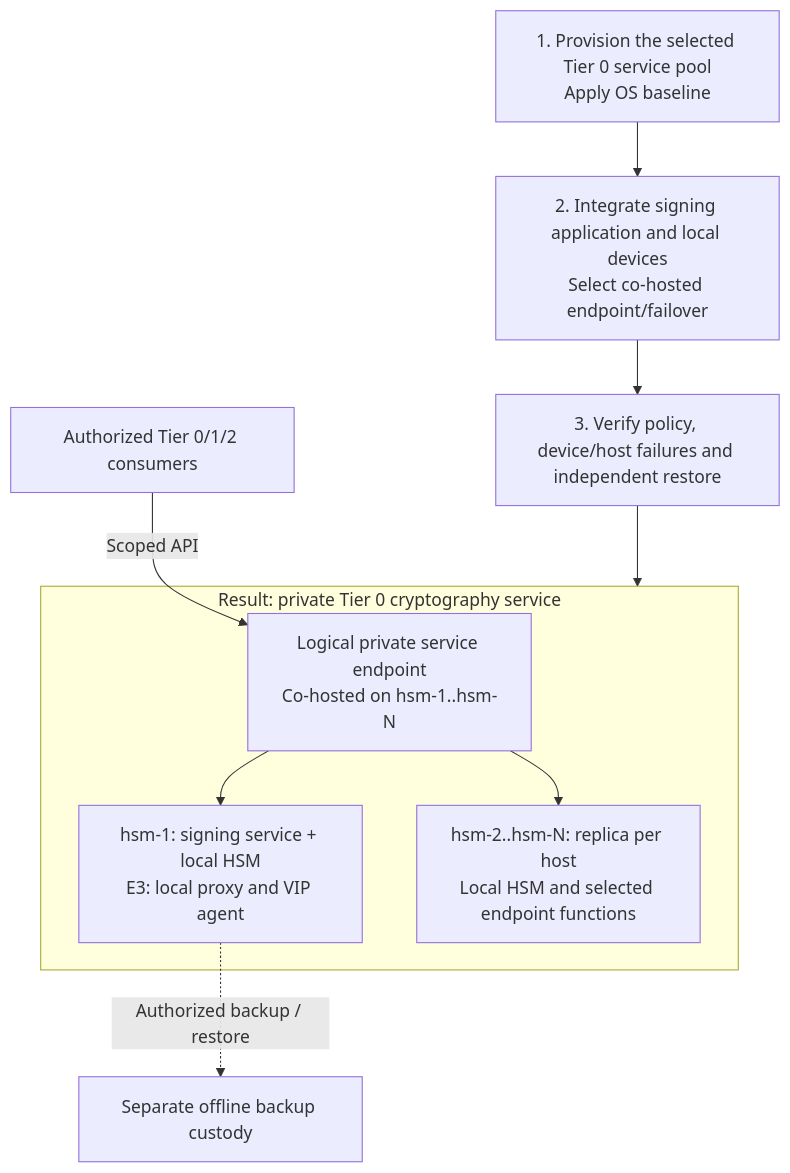
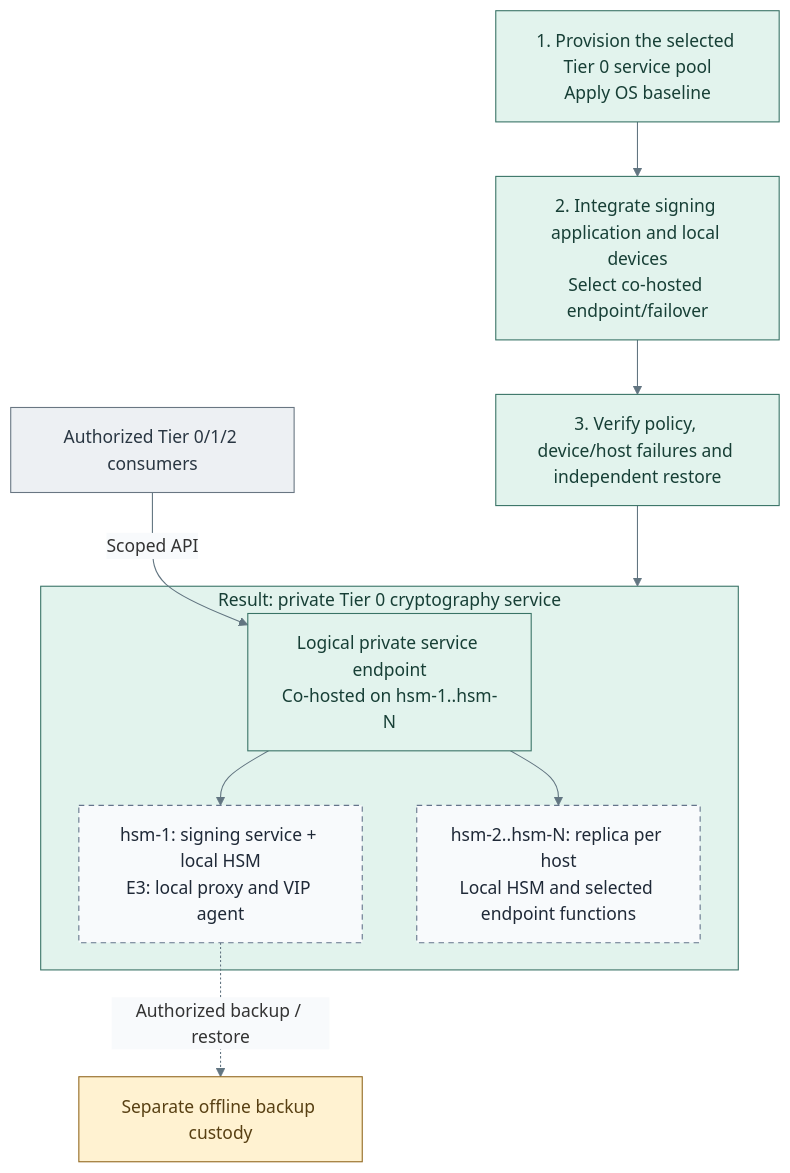
One commit to Rexus/homelab changed the diagram in docs/deployment/stage-2-trust/step-1b-usb-hsm.md. Above: the diagram before and after it, drawn with Mermaid. The commit also changed 49 other files, not shown here.

Commit message:
docs(diagrams): clarify tier layouts and visual styles

````diff
--- a/docs/deployment/stage-2-trust/step-1b-usb-hsm.md
+++ b/docs/deployment/stage-2-trust/step-1b-usb-hsm.md
@@ -58,18 +58,28 @@
 ```mermaid
+%%{init: {"theme":"base","themeVariables":{"lineColor":"#627581","edgeLabelBackground":"#f8fafc"}}}%%
 flowchart TB
   Prepare["1. Provision the selected Tier 0 service pool<br/>Apply OS baseline"]
   Integrate["2. Integrate signing application and local devices<br/>Select co-hosted endpoint/failover"]
   Accept["3. Verify policy, device/host failures and independent restore"]
   Prepare --> Integrate --> Accept
   subgraph T0["Result: private Tier 0 cryptography service"]
     Endpoint["Logical private service endpoint<br/>Co-hosted on hsm-1..hsm-N"]
     A["hsm-1: signing service + local HSM<br/>E3: local proxy and VIP agent"]
     B["hsm-2..hsm-N: replica per host<br/>Local HSM and selected endpoint functions"]
     Endpoint --> A
     Endpoint --> B
   end
   Accept --> T0
   Consumers["Authorized Tier 0/1/2 consumers"] -->|Scoped API| Endpoint
   Recovery["Separate offline backup custody"]
   A -. Authorized backup / restore .-> Recovery
+  classDef default fill:#f8fafc,stroke:#64748b,color:#1f2937
+  classDef control fill:#e2f3ed,stroke:#397366,color:#173f36
+  classDef replicas fill:#f8fafc,stroke:#64748b,color:#1f2937,stroke-dasharray:5 4
+  classDef actor fill:#edf0f3,stroke:#697682,color:#293642
+  classDef custody fill:#fff2d1,stroke:#926820,color:#584013
+  class Prepare,Integrate,Accept,T0,Endpoint control
+  class A,B replicas
+  class Consumers actor
+  class Recovery custody
 ```
````
